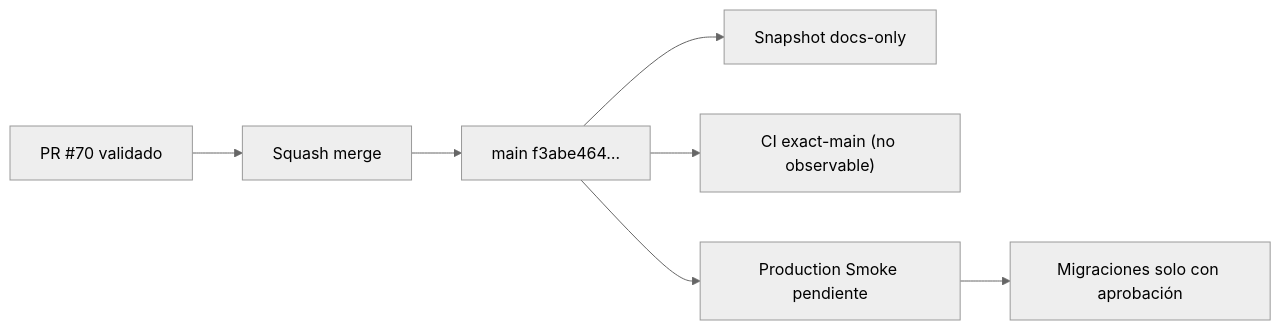
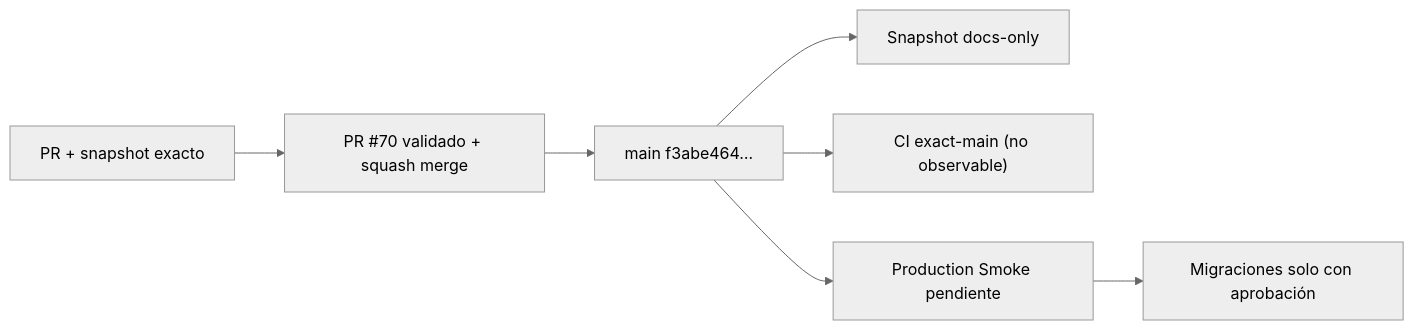
The diagram in README.md (drpipe1098-commits/GrindFlow), drawn with Mermaid (neutral theme) before and after one commit.

Commit message:
docs: restore delivery flow contract marker

````diff
--- a/README.md
+++ b/README.md
@@ -48,9 +48,9 @@
 ```mermaid
 flowchart LR
-    A["PR #70 validado"] --> M["Squash merge"]
+    A["PR + snapshot exacto"] --> M["PR #70 validado + squash merge"]
     M --> N["main f3abe464…"]
     N --> D["Snapshot docs-only"]
     N --> X["CI exact-main (no observable)"]
     N --> R["Production Smoke pendiente"]
     R --> G["Migraciones solo con aprobación"]
 ```
````
